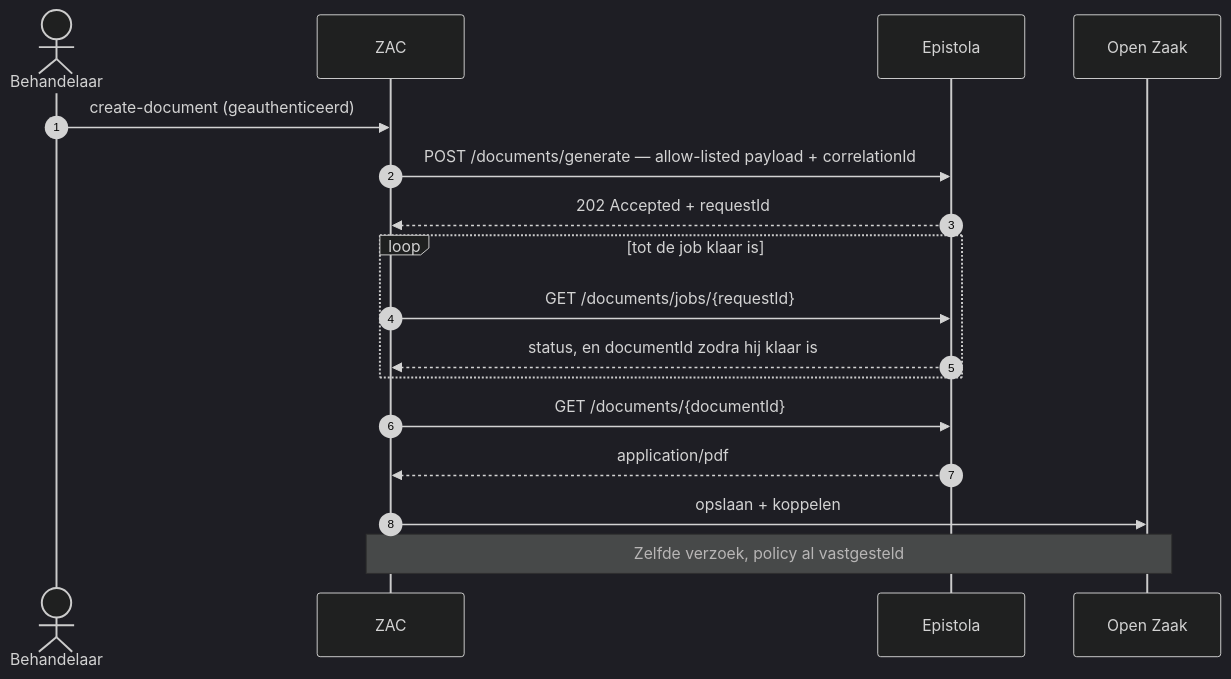
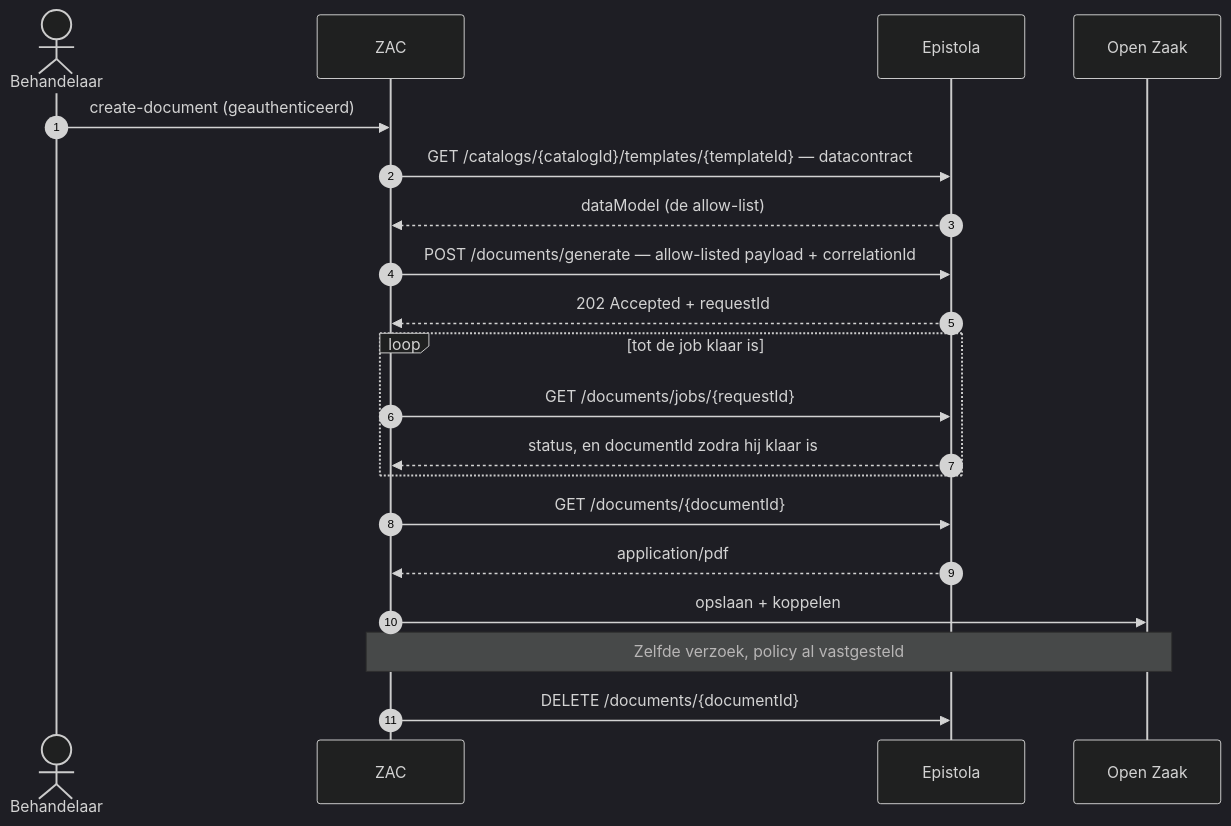
Before and after one commit to infonl/zac-epistola-prototype: the second of 3 diagrams in docs/epistola/technisch-functioneel-ontwerp.md, drawn with Mermaid (dark theme). The commit also changed other lines of this file and 15 other files, not shown here.

````diff
--- a/docs/epistola/technisch-functioneel-ontwerp.md
+++ b/docs/epistola/technisch-functioneel-ontwerp.md
@@ -142,20 +152,23 @@
 ```mermaid
 sequenceDiagram
     autonumber
     actor Behandelaar
     participant ZAC
     participant Epistola
     participant OpenZaak as Open Zaak
 
     Behandelaar->>ZAC: create-document (geauthenticeerd)
+    ZAC->>Epistola: GET /catalogs/{catalogId}/templates/{templateId} — datacontract
+    Epistola-->>ZAC: dataModel (de allow-list)
     ZAC->>Epistola: POST /documents/generate — allow-listed payload + correlationId
     Epistola-->>ZAC: 202 Accepted + requestId
     loop tot de job klaar is
         ZAC->>Epistola: GET /documents/jobs/{requestId}
         Epistola-->>ZAC: status, en documentId zodra hij klaar is
     end
     ZAC->>Epistola: GET /documents/{documentId}
     Epistola-->>ZAC: application/pdf
     ZAC->>OpenZaak: opslaan + koppelen
     Note over ZAC,OpenZaak: Zelfde verzoek, policy al vastgesteld
+    ZAC->>Epistola: DELETE /documents/{documentId}
 ```
````
